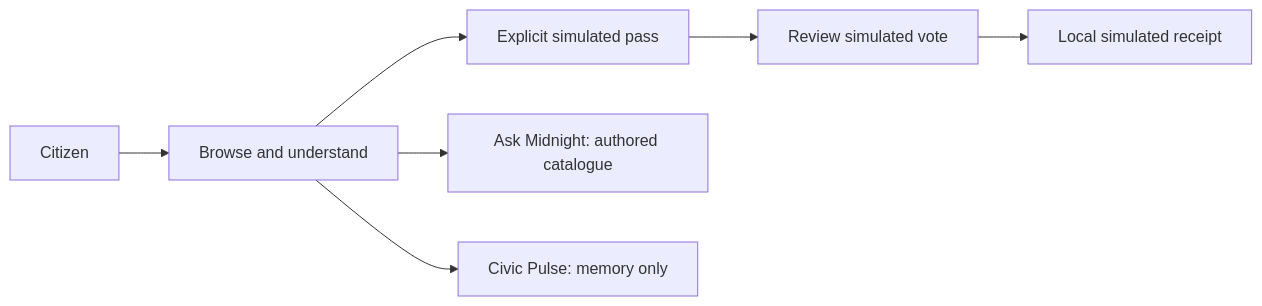
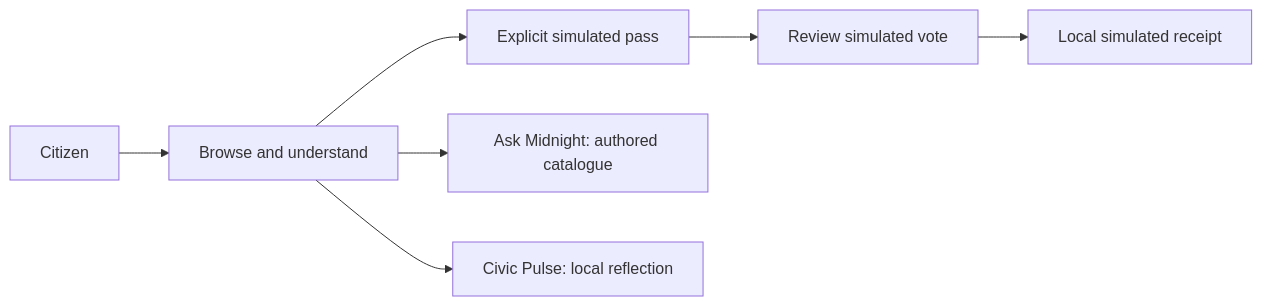
Before and after one commit to tomasgarro/midnight-referendum-app: the first of 2 diagrams in docs/SUBMISSION.md, drawn with Mermaid. The commit also changed other lines of this file and 9 other files, not shown here.

````diff
--- a/docs/SUBMISSION.md
+++ b/docs/SUBMISSION.md
@@ -56,9 +56,9 @@
 ```mermaid
 flowchart LR
   U[Citizen] --> D[Browse and understand]
   D --> S[Explicit simulated pass]
   S --> V[Review simulated vote]
   V --> R[Local simulated receipt]
   D --> A[Ask Midnight: authored catalogue]
-  D --> P[Civic Pulse: memory only]
+  D --> P[Civic Pulse: local reflection]
 ```
````
